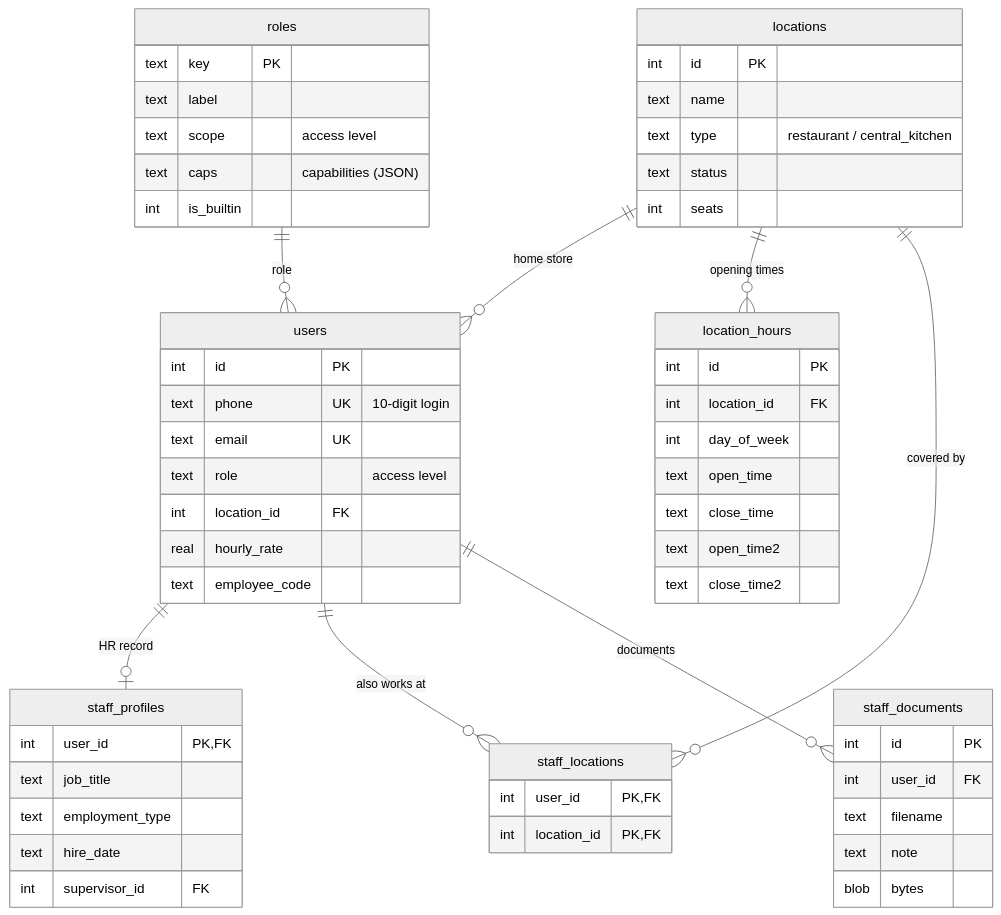
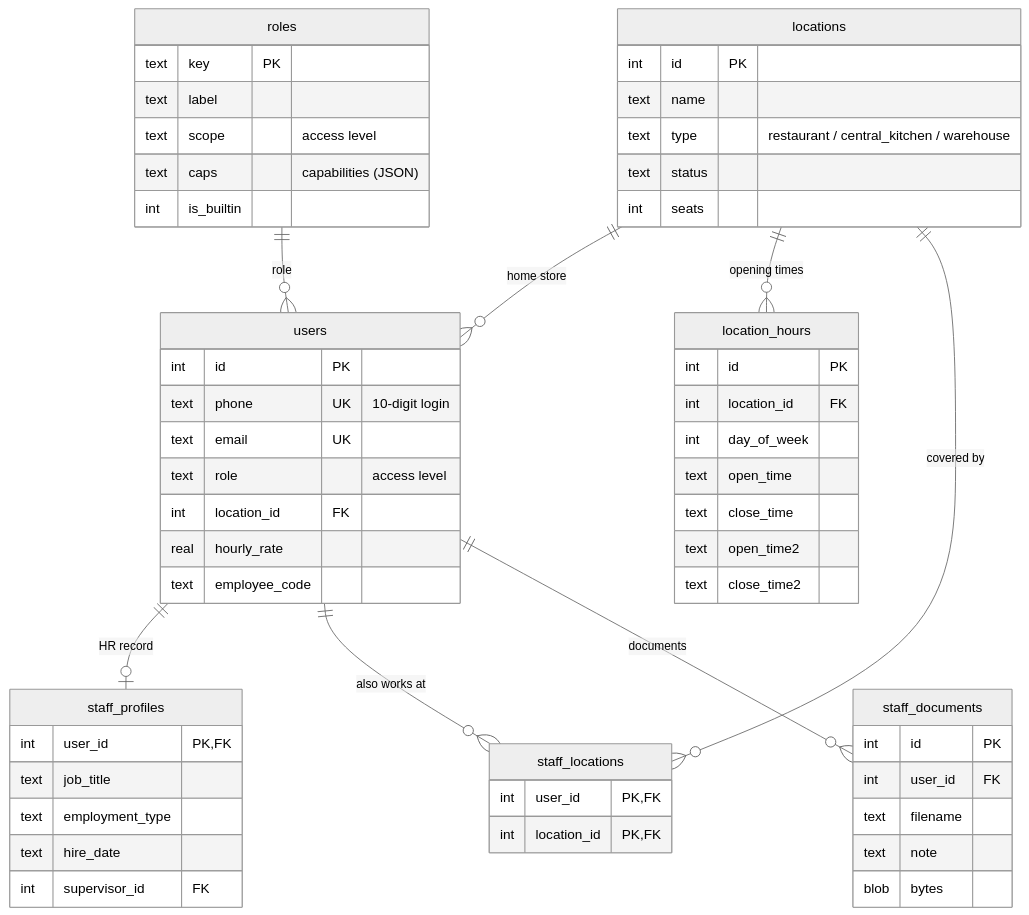
The second of 16 diagrams in docs/HANDBOOK.md (nolanle-gmail/pho-ha-noi), drawn with Mermaid (neutral theme) before and after one commit. The commit also changed other lines of this file, not shown here.

First line of the commit message:
docs: document the Warehouse location type

````diff
--- a/docs/HANDBOOK.md
+++ b/docs/HANDBOOK.md
@@ -139,60 +139,60 @@
 ```mermaid
 erDiagram
   locations ||--o{ users : "home store"
   locations ||--o{ location_hours : "opening times"
   roles ||--o{ users : "role"
   users ||--o| staff_profiles : "HR record"
   users ||--o{ staff_locations : "also works at"
   users ||--o{ staff_documents : "documents"
   locations ||--o{ staff_locations : "covered by"
   staff_documents {
     int id PK
     int user_id FK
     text filename
     text note
     blob bytes
   }
   roles {
     text key PK
     text label
     text scope "access level"
     text caps "capabilities (JSON)"
     int is_builtin
   }
   locations {
     int id PK
     text name
-    text type "restaurant / central_kitchen"
+    text type "restaurant / central_kitchen / warehouse"
     text status
     int seats
   }
   users {
     int id PK
     text phone UK "10-digit login"
     text email UK
     text role "access level"
     int location_id FK
     real hourly_rate
     text employee_code
   }
   staff_profiles {
     int user_id PK,FK
     text job_title
     text employment_type
     text hire_date
     int supervisor_id FK
   }
   staff_locations {
     int user_id PK,FK
     int location_id PK,FK
   }
   location_hours {
     int id PK
     int location_id FK
     int day_of_week
     text open_time
     text close_time
     text open_time2
     text close_time2
   }
 ```
````
